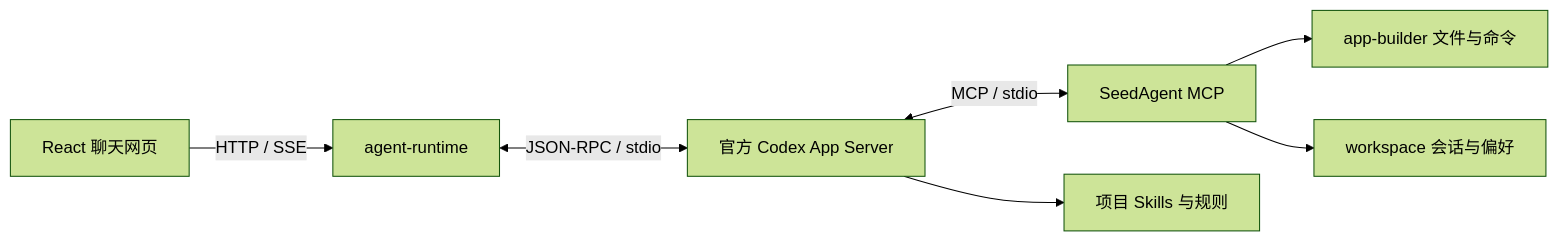
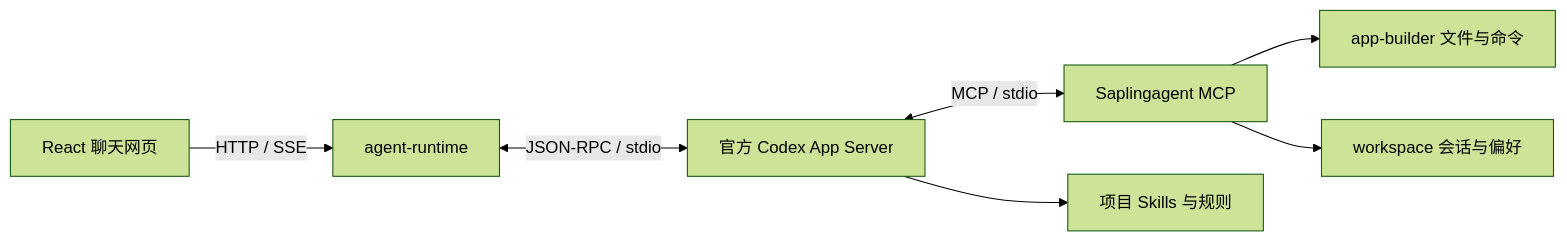
One commit to extendmachine/Saplingagent changed the diagram in README.md. Above: the diagram before and after it, drawn with Mermaid (forest theme). The commit also changed other lines of this file and 17 other files, not shown here.

First line of the commit message:
chore(project): rename to Saplingagent and clarify Codex costs

````diff
--- a/README.md
+++ b/README.md
@@ -80,9 +94,9 @@
 ```mermaid
 flowchart LR
     UI[React 聊天网页] -->|HTTP / SSE| Agent[agent-runtime]
     Agent <-->|JSON-RPC / stdio| Codex[官方 Codex App Server]
-    Codex <-->|MCP / stdio| MCP[SeedAgent MCP]
+    Codex <-->|MCP / stdio| MCP[Saplingagent MCP]
     MCP --> Builder[app-builder 文件与命令]
     MCP --> Workspace[workspace 会话与偏好]
     Codex --> Skills[项目 Skills 与规则]
 ```
````
